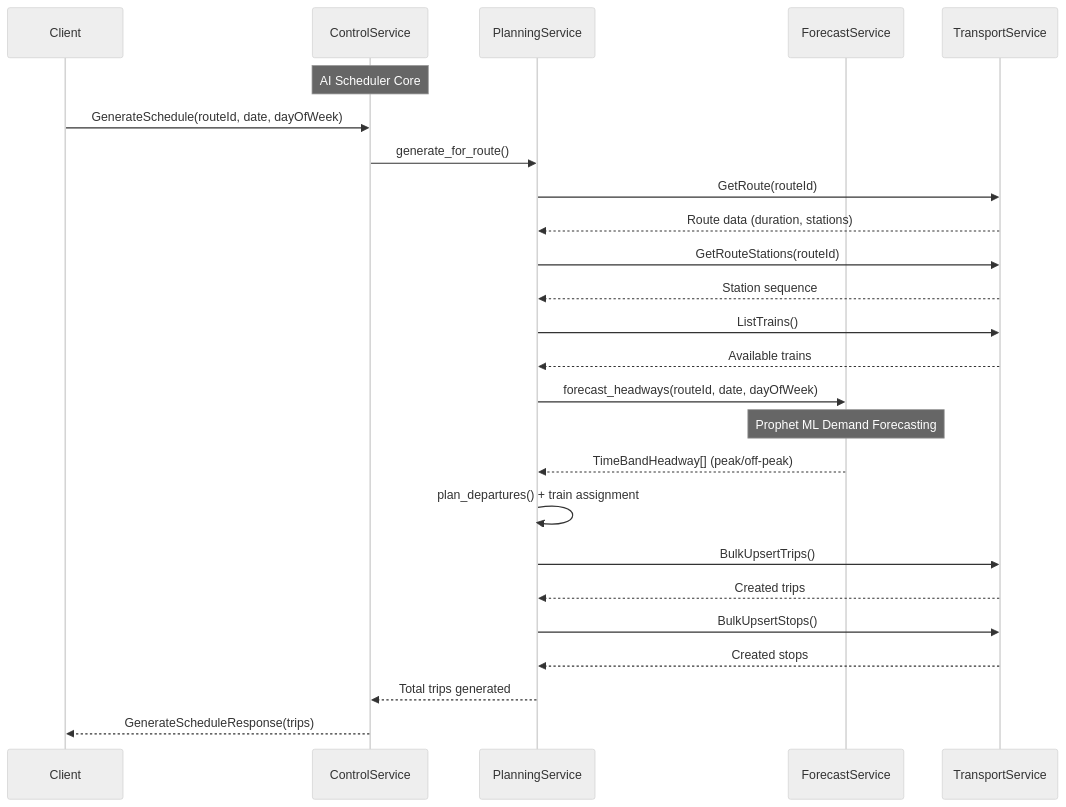
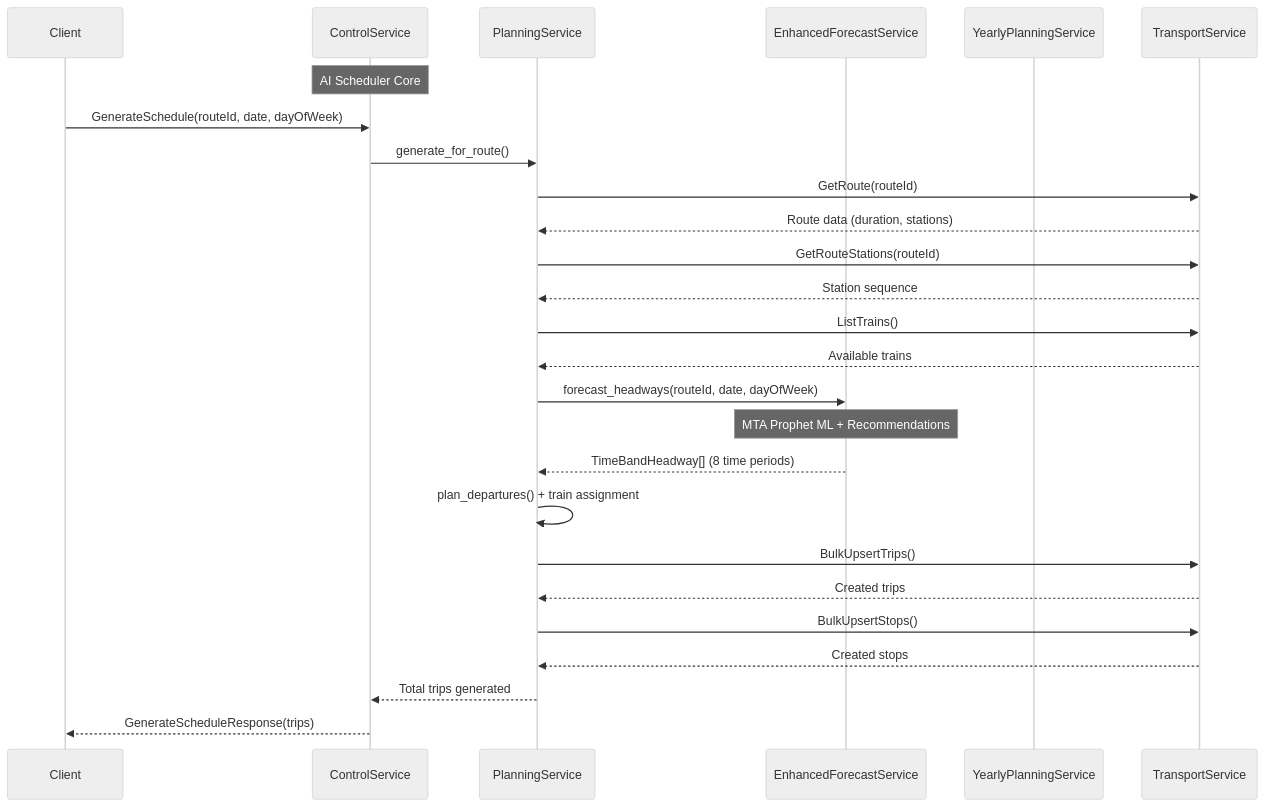
Before and after one commit to NamPhAm-Work423/Metro-backend: the first of 4 diagrams in control-service/README.md, drawn with Mermaid (neutral theme). The commit also changed other lines of this file and 4 other files, not shown here.

Commit message:
add: extend waiting time for transport service starting

````diff
--- a/control-service/README.md
+++ b/control-service/README.md
@@ -15,27 +15,28 @@
 ```mermaid
 sequenceDiagram
   participant Client
   participant ControlService
   participant PlanningService
-  participant ForecastService
+  participant EnhancedForecastService
+  participant YearlyPlanningService
   participant TransportService
   Note over ControlService: AI Scheduler Core
   Client->>ControlService: GenerateSchedule(routeId, date, dayOfWeek)
   ControlService->>PlanningService: generate_for_route()
   PlanningService->>TransportService: GetRoute(routeId)
   TransportService-->>PlanningService: Route data (duration, stations)
   PlanningService->>TransportService: GetRouteStations(routeId)
   TransportService-->>PlanningService: Station sequence
   PlanningService->>TransportService: ListTrains()
   TransportService-->>PlanningService: Available trains
-  PlanningService->>ForecastService: forecast_headways(routeId, date, dayOfWeek)
-  Note over ForecastService: Prophet ML Demand Forecasting
-  ForecastService-->>PlanningService: TimeBandHeadway[] (peak/off-peak)
+  PlanningService->>EnhancedForecastService: forecast_headways(routeId, date, dayOfWeek)
+  Note over EnhancedForecastService: MTA Prophet ML + Recommendations
+  EnhancedForecastService-->>PlanningService: TimeBandHeadway[] (8 time periods)
   PlanningService->>PlanningService: plan_departures() + train assignment
   PlanningService->>TransportService: BulkUpsertTrips()
   TransportService-->>PlanningService: Created trips
   PlanningService->>TransportService: BulkUpsertStops()
   TransportService-->>PlanningService: Created stops
   PlanningService-->>ControlService: Total trips generated
   ControlService-->>Client: GenerateScheduleResponse(trips)
 ```
````
